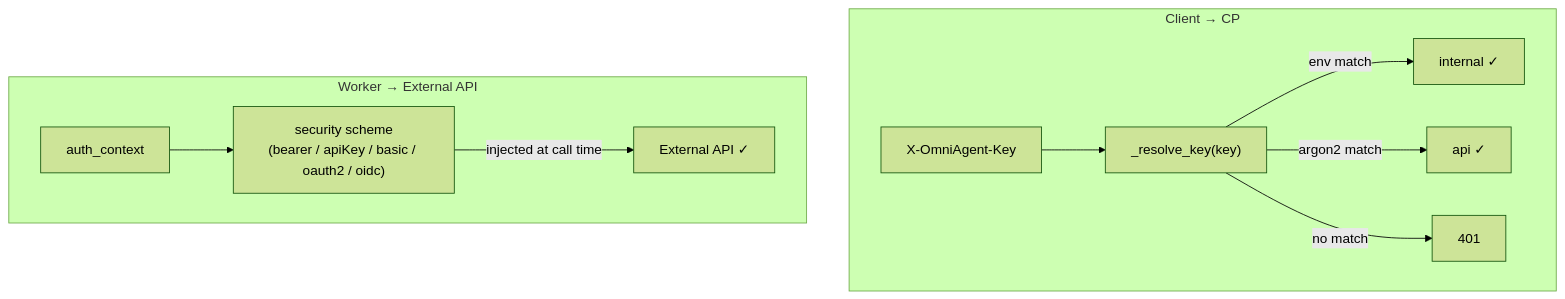
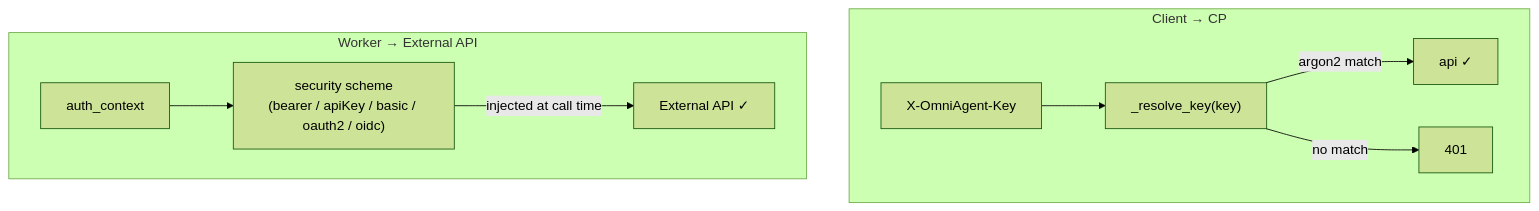
The fourth of 4 diagrams in README.md (Sheerabth/omniagent), drawn with Mermaid (forest theme) before and after one commit. The commit also changed other lines of this file, not shown here.

````diff
--- a/README.md
+++ b/README.md
@@ -69,13 +65,12 @@
 ```mermaid
 flowchart TD
     subgraph "Client → CP"
         Req1["X-OmniAgent-Key"] --> Resolve["_resolve_key(key)"]
-        Resolve -->|"env match"| Internal["internal ✓"]
         Resolve -->|"argon2 match"| Api["api ✓"]
         Resolve -->|"no match"| Deny1["401"]
     end
     subgraph "Worker → External API"
         Req3["auth_context"] --> Sec["security scheme<br/>(bearer / apiKey / basic / oauth2 / oidc)"]
         Sec -->|"injected at call time"| Ext["External API ✓"]
     end
 ```
````
